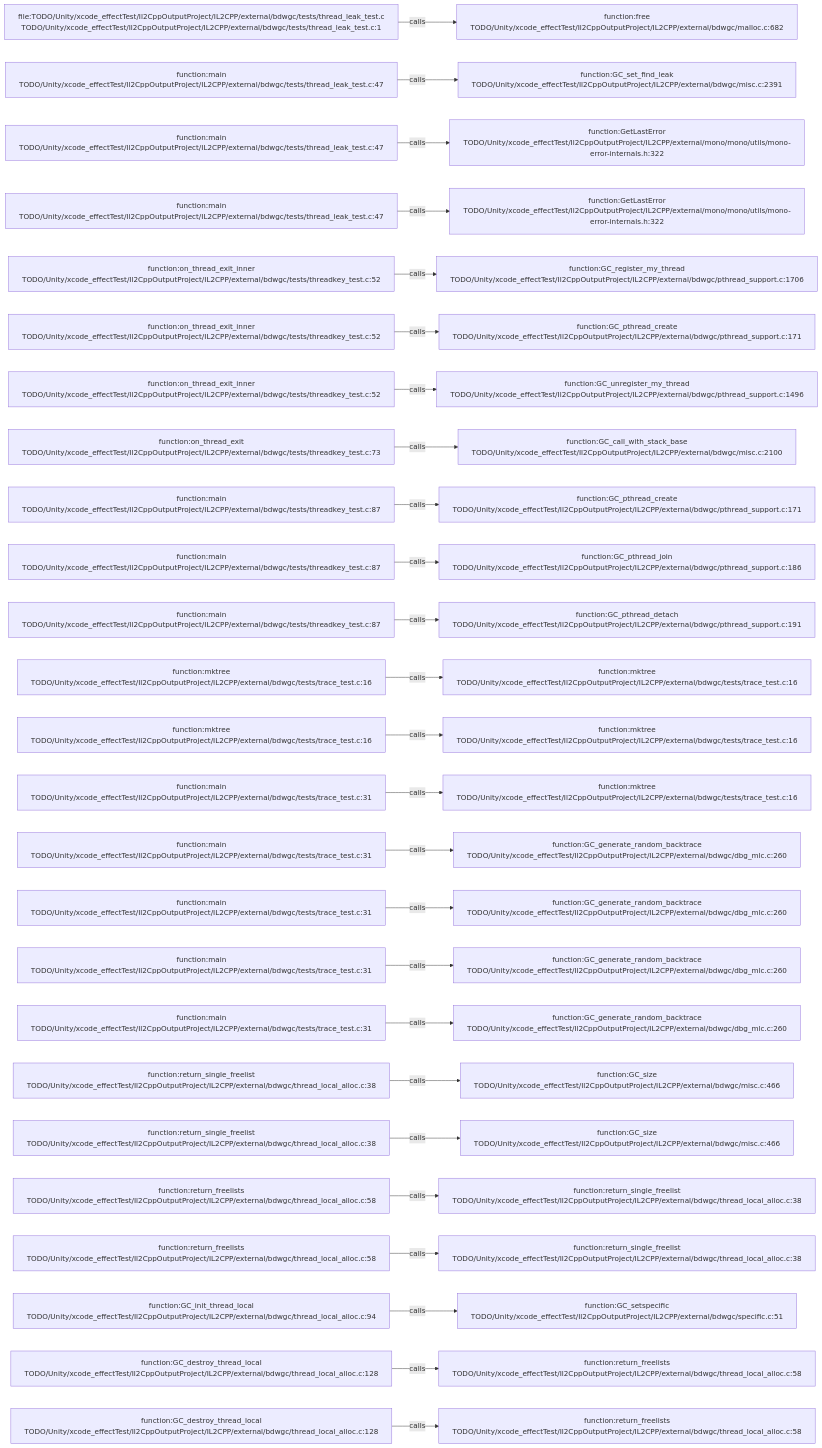
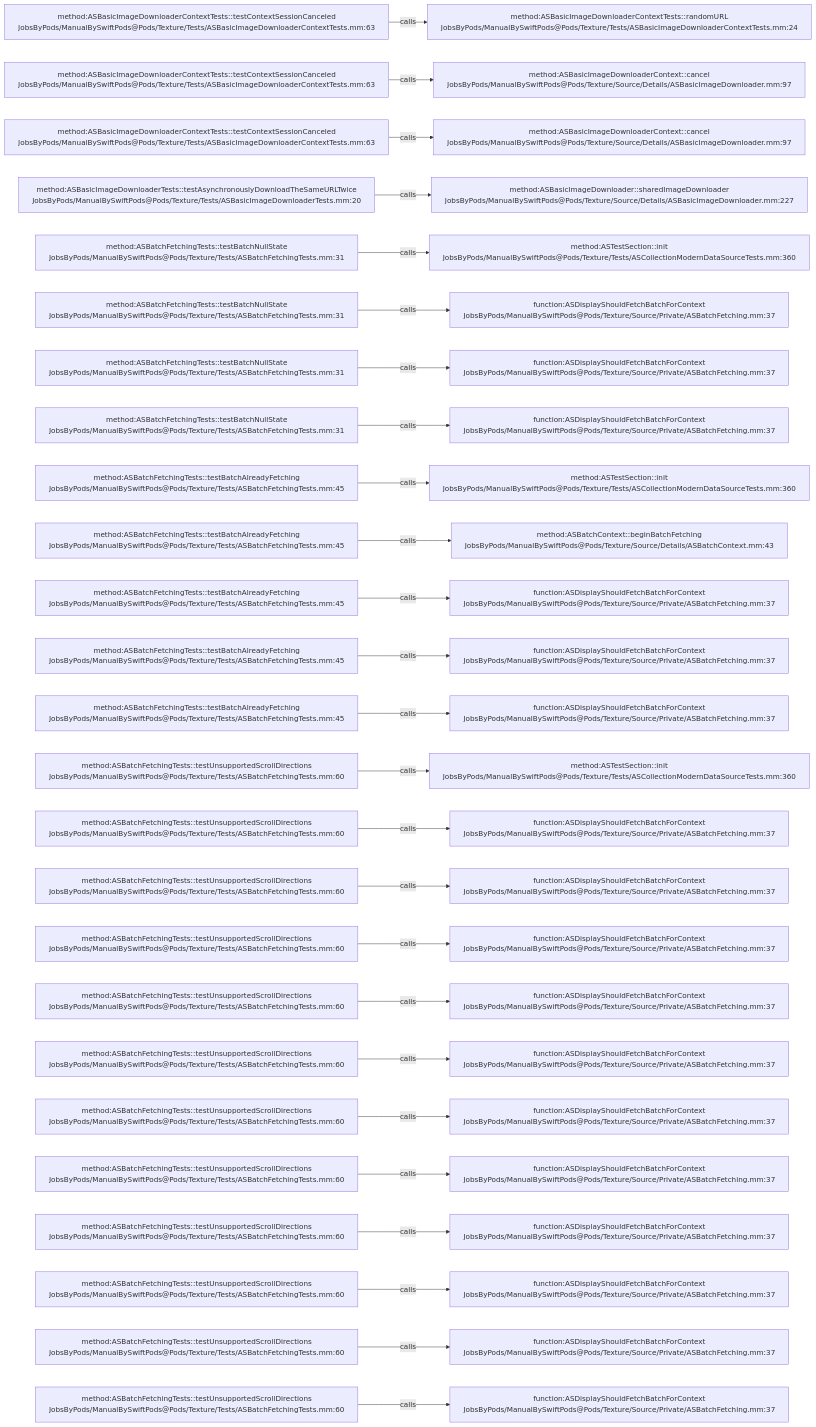
Before and after one commit to JobsKits/JobsSwiftBaseConfigDemo: the diagram in .codegraph/codegraph.md/graphs/calls-180.md, drawn with Mermaid. The commit also changed 2959 other files, not shown here.

````diff
--- a/.codegraph/codegraph.md/graphs/calls-180.md
+++ b/.codegraph/codegraph.md/graphs/calls-180.md
@@ -13,78 +13,78 @@
 ```mermaid
 flowchart LR
-  S1["file:TODO/Unity/xcode_effectTest/Il2CppOutputProject/IL2CPP/external/bdwgc/tests/thread_leak_test.c<br/>TODO/Unity/xcode_effectTest/Il2CppOutputProject/IL2CPP/external/bdwgc/tests/thread_leak_test.c:1"]
-  T1["function:free<br/>TODO/Unity/xcode_effectTest/Il2CppOutputProject/IL2CPP/external/bdwgc/malloc.c:682"]
+  S1["method:ASBasicImageDownloaderContextTests::testContextSessionCanceled<br/>JobsByPods/ManualBySwiftPods@Pods/Texture/Tests/ASBasicImageDownloaderContextTests.mm:63"]
+  T1["method:ASBasicImageDownloaderContextTests::randomURL<br/>JobsByPods/ManualBySwiftPods@Pods/Texture/Tests/ASBasicImageDownloaderContextTests.mm:24"]
   S1 -->|calls| T1
-  S2["function:main<br/>TODO/Unity/xcode_effectTest/Il2CppOutputProject/IL2CPP/external/bdwgc/tests/thread_leak_test.c:47"]
-  T2["function:GC_set_find_leak<br/>TODO/Unity/xcode_effectTest/Il2CppOutputProject/IL2CPP/external/bdwgc/misc.c:2391"]
+  S2["method:ASBasicImageDownloaderContextTests::testContextSessionCanceled<br/>JobsByPods/ManualBySwiftPods@Pods/Texture/Tests/ASBasicImageDownloaderContextTests.mm:63"]
+  T2["method:ASBasicImageDownloaderContext::cancel<br/>JobsByPods/ManualBySwiftPods@Pods/Texture/Source/Details/ASBasicImageDownloader.mm:97"]
   S2 -->|calls| T2
-  S3["function:main<br/>TODO/Unity/xcode_effectTest/Il2CppOutputProject/IL2CPP/external/bdwgc/tests/thread_leak_test.c:47"]
-  T3["function:GetLastError<br/>TODO/Unity/xcode_effectTest/Il2CppOutputProject/IL2CPP/external/mono/mono/utils/mono-error-internals.h:322"]
+  S3["method:ASBasicImageDownloaderContextTests::testContextSessionCanceled<br/>JobsByPods/ManualBySwiftPods@Pods/Texture/Tests/ASBasicImageDownloaderContextTests.mm:63"]
+  T3["method:ASBasicImageDownloaderContext::cancel<br/>JobsByPods/ManualBySwiftPods@Pods/Texture/Source/Details/ASBasicImageDownloader.mm:97"]
   S3 -->|calls| T3
-  S4["function:main<br/>TODO/Unity/xcode_effectTest/Il2CppOutputProject/IL2CPP/external/bdwgc/tests/thread_leak_test.c:47"]
-  T4["function:GetLastError<br/>TODO/Unity/xcode_effectTest/Il2CppOutputProject/IL2CPP/external/mono/mono/utils/mono-error-internals.h:322"]
+  S4["method:ASBasicImageDownloaderTests::testAsynchronouslyDownloadTheSameURLTwice<br/>JobsByPods/ManualBySwiftPods@Pods/Texture/Tests/ASBasicImageDownloaderTests.mm:20"]
+  T4["method:ASBasicImageDownloader::sharedImageDownloader<br/>JobsByPods/ManualBySwiftPods@Pods/Texture/Source/Details/ASBasicImageDownloader.mm:227"]
   S4 -->|calls| T4
-  S5["function:on_thread_exit_inner<br/>TODO/Unity/xcode_effectTest/Il2CppOutputProject/IL2CPP/external/bdwgc/tests/threadkey_test.c:52"]
-  T5["function:GC_register_my_thread<br/>TODO/Unity/xcode_effectTest/Il2CppOutputProject/IL2CPP/external/bdwgc/pthread_support.c:1706"]
+  S5["method:ASBatchFetchingTests::testBatchNullState<br/>JobsByPods/ManualBySwiftPods@Pods/Texture/Tests/ASBatchFetchingTests.mm:31"]
+  T5["method:ASTestSection::init<br/>JobsByPods/ManualBySwiftPods@Pods/Texture/Tests/ASCollectionModernDataSourceTests.mm:360"]
   S5 -->|calls| T5
-  S6["function:on_thread_exit_inner<br/>TODO/Unity/xcode_effectTest/Il2CppOutputProject/IL2CPP/external/bdwgc/tests/threadkey_test.c:52"]
-  T6["function:GC_pthread_create<br/>TODO/Unity/xcode_effectTest/Il2CppOutputProject/IL2CPP/external/bdwgc/pthread_support.c:171"]
+  S6["method:ASBatchFetchingTests::testBatchNullState<br/>JobsByPods/ManualBySwiftPods@Pods/Texture/Tests/ASBatchFetchingTests.mm:31"]
+  T6["function:ASDisplayShouldFetchBatchForContext<br/>JobsByPods/ManualBySwiftPods@Pods/Texture/Source/Private/ASBatchFetching.mm:37"]
   S6 -->|calls| T6
-  S7["function:on_thread_exit_inner<br/>TODO/Unity/xcode_effectTest/Il2CppOutputProject/IL2CPP/external/bdwgc/tests/threadkey_test.c:52"]
-  T7["function:GC_unregister_my_thread<br/>TODO/Unity/xcode_effectTest/Il2CppOutputProject/IL2CPP/external/bdwgc/pthread_support.c:1496"]
+  S7["method:ASBatchFetchingTests::testBatchNullState<br/>JobsByPods/ManualBySwiftPods@Pods/Texture/Tests/ASBatchFetchingTests.mm:31"]
+  T7["function:ASDisplayShouldFetchBatchForContext<br/>JobsByPods/ManualBySwiftPods@Pods/Texture/Source/Private/ASBatchFetching.mm:37"]
   S7 -->|calls| T7
-  S8["function:on_thread_exit<br/>TODO/Unity/xcode_effectTest/Il2CppOutputProject/IL2CPP/external/bdwgc/tests/threadkey_test.c:73"]
-  T8["function:GC_call_with_stack_base<br/>TODO/Unity/xcode_effectTest/Il2CppOutputProject/IL2CPP/external/bdwgc/misc.c:2100"]
+  S8["method:ASBatchFetchingTests::testBatchNullState<br/>JobsByPods/ManualBySwiftPods@Pods/Texture/Tests/ASBatchFetchingTests.mm:31"]
+  T8["function:ASDisplayShouldFetchBatchForContext<br/>JobsByPods/ManualBySwiftPods@Pods/Texture/Source/Private/ASBatchFetching.mm:37"]
   S8 -->|calls| T8
-  S9["function:main<br/>TODO/Unity/xcode_effectTest/Il2CppOutputProject/IL2CPP/external/bdwgc/tests/threadkey_test.c:87"]
-  T9["function:GC_pthread_create<br/>TODO/Unity/xcode_effectTest/Il2CppOutputProject/IL2CPP/external/bdwgc/pthread_support.c:171"]
+  S9["method:ASBatchFetchingTests::testBatchAlreadyFetching<br/>JobsByPods/ManualBySwiftPods@Pods/Texture/Tests/ASBatchFetchingTests.mm:45"]
+  T9["method:ASTestSection::init<br/>JobsByPods/ManualBySwiftPods@Pods/Texture/Tests/ASCollectionModernDataSourceTests.mm:360"]
   S9 -->|calls| T9
-  S10["function:main<br/>TODO/Unity/xcode_effectTest/Il2CppOutputProject/IL2CPP/external/bdwgc/tests/threadkey_test.c:87"]
-  T10["function:GC_pthread_join<br/>TODO/Unity/xcode_effectTest/Il2CppOutputProject/IL2CPP/external/bdwgc/pthread_support.c:186"]
+  S10["method:ASBatchFetchingTests::testBatchAlreadyFetching<br/>JobsByPods/ManualBySwiftPods@Pods/Texture/Tests/ASBatchFetchingTests.mm:45"]
+  T10["method:ASBatchContext::beginBatchFetching<br/>JobsByPods/ManualBySwiftPods@Pods/Texture/Source/Details/ASBatchContext.mm:43"]
   S10 -->|calls| T10
-  S11["function:main<br/>TODO/Unity/xcode_effectTest/Il2CppOutputProject/IL2CPP/external/bdwgc/tests/threadkey_test.c:87"]
-  T11["function:GC_pthread_detach<br/>TODO/Unity/xcode_effectTest/Il2CppOutputProject/IL2CPP/external/bdwgc/pthread_support.c:191"]
+  S11["method:ASBatchFetchingTests::testBatchAlreadyFetching<br/>JobsByPods/ManualBySwiftPods@Pods/Texture/Tests/ASBatchFetchingTests.mm:45"]
+  T11["function:ASDisplayShouldFetchBatchForContext<br/>JobsByPods/ManualBySwiftPods@Pods/Texture/Source/Private/ASBatchFetching.mm:37"]
   S11 -->|calls| T11
-  S12["function:mktree<br/>TODO/Unity/xcode_effectTest/Il2CppOutputProject/IL2CPP/external/bdwgc/tests/trace_test.c:16"]
-  T12["function:mktree<br/>TODO/Unity/xcode_effectTest/Il2CppOutputProject/IL2CPP/external/bdwgc/tests/trace_test.c:16"]
+  S12["method:ASBatchFetchingTests::testBatchAlreadyFetching<br/>JobsByPods/ManualBySwiftPods@Pods/Texture/Tests/ASBatchFetchingTests.mm:45"]
+  T12["function:ASDisplayShouldFetchBatchForContext<br/>JobsByPods/ManualBySwiftPods@Pods/Texture/Source/Private/ASBatchFetching.mm:37"]
   S12 -->|calls| T12
-  S13["function:mktree<br/>TODO/Unity/xcode_effectTest/Il2CppOutputProject/IL2CPP/external/bdwgc/tests/trace_test.c:16"]
-  T13["function:mktree<br/>TODO/Unity/xcode_effectTest/Il2CppOutputProject/IL2CPP/external/bdwgc/tests/trace_test.c:16"]
+  S13["method:ASBatchFetchingTests::testBatchAlreadyFetching<br/>JobsByPods/ManualBySwiftPods@Pods/Texture/Tests/ASBatchFetchingTests.mm:45"]
+  T13["function:ASDisplayShouldFetchBatchForContext<br/>JobsByPods/ManualBySwiftPods@Pods/Texture/Source/Private/ASBatchFetching.mm:37"]
   S13 -->|calls| T13
-  S14["function:main<br/>TODO/Unity/xcode_effectTest/Il2CppOutputProject/IL2CPP/external/bdwgc/tests/trace_test.c:31"]
-  T14["function:mktree<br/>TODO/Unity/xcode_effectTest/Il2CppOutputProject/IL2CPP/external/bdwgc/tests/trace_test.c:16"]
+  S14["method:ASBatchFetchingTests::testUnsupportedScrollDirections<br/>JobsByPods/ManualBySwiftPods@Pods/Texture/Tests/ASBatchFetchingTests.mm:60"]
+  T14["method:ASTestSection::init<br/>JobsByPods/ManualBySwiftPods@Pods/Texture/Tests/ASCollectionModernDataSourceTests.mm:360"]
   S14 -->|calls| T14
-  S15["function:main<br/>TODO/Unity/xcode_effectTest/Il2CppOutputProject/IL2CPP/external/bdwgc/tests/trace_test.c:31"]
-  T15["function:GC_generate_random_backtrace<br/>TODO/Unity/xcode_effectTest/Il2CppOutputProject/IL2CPP/external/bdwgc/dbg_mlc.c:260"]
+  S15["method:ASBatchFetchingTests::testUnsupportedScrollDirections<br/>JobsByPods/ManualBySwiftPods@Pods/Texture/Tests/ASBatchFetchingTests.mm:60"]
+  T15["function:ASDisplayShouldFetchBatchForContext<br/>JobsByPods/ManualBySwiftPods@Pods/Texture/Source/Private/ASBatchFetching.mm:37"]
   S15 -->|calls| T15
-  S16["function:main<br/>TODO/Unity/xcode_effectTest/Il2CppOutputProject/IL2CPP/external/bdwgc/tests/trace_test.c:31"]
-  T16["function:GC_generate_random_backtrace<br/>TODO/Unity/xcode_effectTest/Il2CppOutputProject/IL2CPP/external/bdwgc/dbg_mlc.c:260"]
+  S16["method:ASBatchFetchingTests::testUnsupportedScrollDirections<br/>JobsByPods/ManualBySwiftPods@Pods/Texture/Tests/ASBatchFetchingTests.mm:60"]
+  T16["function:ASDisplayShouldFetchBatchForContext<br/>JobsByPods/ManualBySwiftPods@Pods/Texture/Source/Private/ASBatchFetching.mm:37"]
   S16 -->|calls| T16
-  S17["function:main<br/>TODO/Unity/xcode_effectTest/Il2CppOutputProject/IL2CPP/external/bdwgc/tests/trace_test.c:31"]
-  T17["function:GC_generate_random_backtrace<br/>TODO/Unity/xcode_effectTest/Il2CppOutputProject/IL2CPP/external/bdwgc/dbg_mlc.c:260"]
+  S17["method:ASBatchFetchingTests::testUnsupportedScrollDirections<br/>JobsByPods/ManualBySwiftPods@Pods/Texture/Tests/ASBatchFetchingTests.mm:60"]
+  T17["function:ASDisplayShouldFetchBatchForContext<br/>JobsByPods/ManualBySwiftPods@Pods/Texture/Source/Private/ASBatchFetching.mm:37"]
   S17 -->|calls| T17
-  S18["function:main<br/>TODO/Unity/xcode_effectTest/Il2CppOutputProject/IL2CPP/external/bdwgc/tests/trace_test.c:31"]
-  T18["function:GC_generate_random_backtrace<br/>TODO/Unity/xcode_effectTest/Il2CppOutputProject/IL2CPP/external/bdwgc/dbg_mlc.c:260"]
+  S18["method:ASBatchFetchingTests::testUnsupportedScrollDirections<br/>JobsByPods/ManualBySwiftPods@Pods/Texture/Tests/ASBatchFetchingTests.mm:60"]
+  T18["function:ASDisplayShouldFetchBatchForContext<br/>JobsByPods/ManualBySwiftPods@Pods/Texture/Source/Private/ASBatchFetching.mm:37"]
   S18 -->|calls| T18
-  S19["function:return_single_freelist<br/>TODO/Unity/xcode_effectTest/Il2CppOutputProject/IL2CPP/external/bdwgc/thread_local_alloc.c:38"]
-  T19["function:GC_size<br/>TODO/Unity/xcode_effectTest/Il2CppOutputProject/IL2CPP/external/bdwgc/misc.c:466"]
+  S19["method:ASBatchFetchingTests::testUnsupportedScrollDirections<br/>JobsByPods/ManualBySwiftPods@Pods/Texture/Tests/ASBatchFetchingTests.mm:60"]
+  T19["function:ASDisplayShouldFetchBatchForContext<br/>JobsByPods/ManualBySwiftPods@Pods/Texture/Source/Private/ASBatchFetching.mm:37"]
   S19 -->|calls| T19
-  S20["function:return_single_freelist<br/>TODO/Unity/xcode_effectTest/Il2CppOutputProject/IL2CPP/external/bdwgc/thread_local_alloc.c:38"]
-  T20["function:GC_size<br/>TODO/Unity/xcode_effectTest/Il2CppOutputProject/IL2CPP/external/bdwgc/misc.c:466"]
+  S20["method:ASBatchFetchingTests::testUnsupportedScrollDirections<br/>JobsByPods/ManualBySwiftPods@Pods/Texture/Tests/ASBatchFetchingTests.mm:60"]
+  T20["function:ASDisplayShouldFetchBatchForContext<br/>JobsByPods/ManualBySwiftPods@Pods/Texture/Source/Private/ASBatchFetching.mm:37"]
   S20 -->|calls| T20
-  S21["function:return_freelists<br/>TODO/Unity/xcode_effectTest/Il2CppOutputProject/IL2CPP/external/bdwgc/thread_local_alloc.c:58"]
-  T21["function:return_single_freelist<br/>TODO/Unity/xcode_effectTest/Il2CppOutputProject/IL2CPP/external/bdwgc/thread_local_alloc.c:38"]
+  S21["method:ASBatchFetchingTests::testUnsupportedScrollDirections<br/>JobsByPods/ManualBySwiftPods@Pods/Texture/Tests/ASBatchFetchingTests.mm:60"]
+  T21["function:ASDisplayShouldFetchBatchForContext<br/>JobsByPods/ManualBySwiftPods@Pods/Texture/Source/Private/ASBatchFetching.mm:37"]
   S21 -->|calls| T21
-  S22["function:return_freelists<br/>TODO/Unity/xcode_effectTest/Il2CppOutputProject/IL2CPP/external/bdwgc/thread_local_alloc.c:58"]
-  T22["function:return_single_freelist<br/>TODO/Unity/xcode_effectTest/Il2CppOutputProject/IL2CPP/external/bdwgc/thread_local_alloc.c:38"]
+  S22["method:ASBatchFetchingTests::testUnsupportedScrollDirections<br/>JobsByPods/ManualBySwiftPods@Pods/Texture/Tests/ASBatchFetchingTests.mm:60"]
+  T22["function:ASDisplayShouldFetchBatchForContext<br/>JobsByPods/ManualBySwiftPods@Pods/Texture/Source/Private/ASBatchFetching.mm:37"]
   S22 -->|calls| T22
-  S23["function:GC_init_thread_local<br/>TODO/Unity/xcode_effectTest/Il2CppOutputProject/IL2CPP/external/bdwgc/thread_local_alloc.c:94"]
-  T23["function:GC_setspecific<br/>TODO/Unity/xcode_effectTest/Il2CppOutputProject/IL2CPP/external/bdwgc/specific.c:51"]
+  S23["method:ASBatchFetchingTests::testUnsupportedScrollDirections<br/>JobsByPods/ManualBySwiftPods@Pods/Texture/Tests/ASBatchFetchingTests.mm:60"]
+  T23["function:ASDisplayShouldFetchBatchForContext<br/>JobsByPods/ManualBySwiftPods@Pods/Texture/Source/Private/ASBatchFetching.mm:37"]
   S23 -->|calls| T23
-  S24["function:GC_destroy_thread_local<br/>TODO/Unity/xcode_effectTest/Il2CppOutputProject/IL2CPP/external/bdwgc/thread_local_alloc.c:128"]
-  T24["function:return_freelists<br/>TODO/Unity/xcode_effectTest/Il2CppOutputProject/IL2CPP/external/bdwgc/thread_local_alloc.c:58"]
+  S24["method:ASBatchFetchingTests::testUnsupportedScrollDirections<br/>JobsByPods/ManualBySwiftPods@Pods/Texture/Tests/ASBatchFetchingTests.mm:60"]
+  T24["function:ASDisplayShouldFetchBatchForContext<br/>JobsByPods/ManualBySwiftPods@Pods/Texture/Source/Private/ASBatchFetching.mm:37"]
   S24 -->|calls| T24
-  S25["function:GC_destroy_thread_local<br/>TODO/Unity/xcode_effectTest/Il2CppOutputProject/IL2CPP/external/bdwgc/thread_local_alloc.c:128"]
-  T25["function:return_freelists<br/>TODO/Unity/xcode_effectTest/Il2CppOutputProject/IL2CPP/external/bdwgc/thread_local_alloc.c:58"]
+  S25["method:ASBatchFetchingTests::testUnsupportedScrollDirections<br/>JobsByPods/ManualBySwiftPods@Pods/Texture/Tests/ASBatchFetchingTests.mm:60"]
+  T25["function:ASDisplayShouldFetchBatchForContext<br/>JobsByPods/ManualBySwiftPods@Pods/Texture/Source/Private/ASBatchFetching.mm:37"]
   S25 -->|calls| T25
 ```
````
